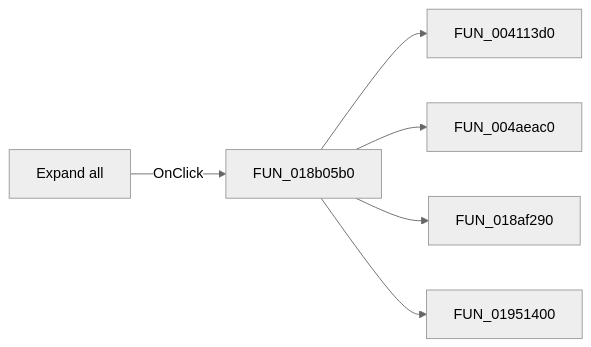
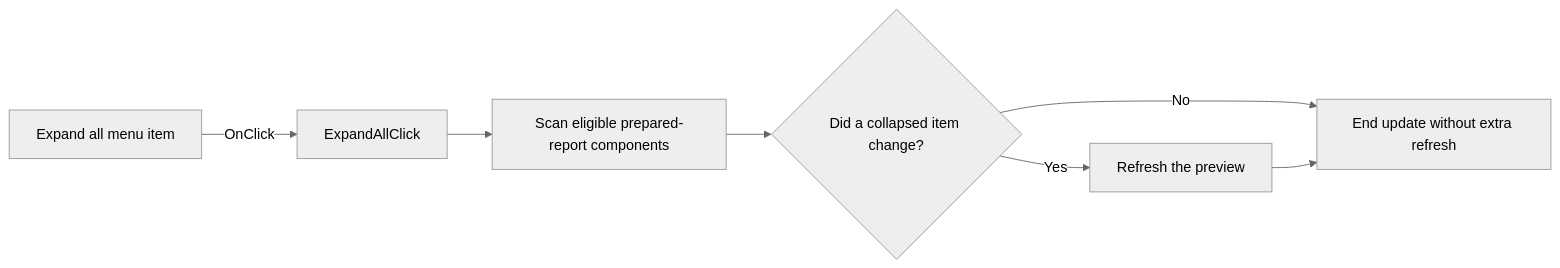
Before and after one commit to MovGP0/TIARA: the diagram in docs/ui-controls/frxpreviewform/expandmi-60c368b7bb.md, drawn with Mermaid (neutral theme). The commit also changed other lines of this file and 387 other files, not shown here.

````diff
--- a/docs/ui-controls/frxpreviewform/expandmi-60c368b7bb.md
+++ b/docs/ui-controls/frxpreviewform/expandmi-60c368b7bb.md
@@ -27,8 +27,9 @@
 ```mermaid
 flowchart LR
-    control["Expand all"] -->|OnClick| handler["FUN_018b05b0"]
-    handler --> call1["FUN_004113d0"]
-    handler --> call2["FUN_004aeac0"]
-    handler --> call3["FUN_018af290"]
-    handler --> call4["FUN_01951400"]
+    control["Expand all menu item"] -->|OnClick| handler["ExpandAllClick"]
+    handler --> scan["Scan eligible prepared-report components"]
+    scan --> changed{"Did a collapsed item change?"}
+    changed -->|Yes| refresh["Refresh the preview"]
+    changed -->|No| finish["End update without extra refresh"]
+    refresh --> finish
 ```
````
